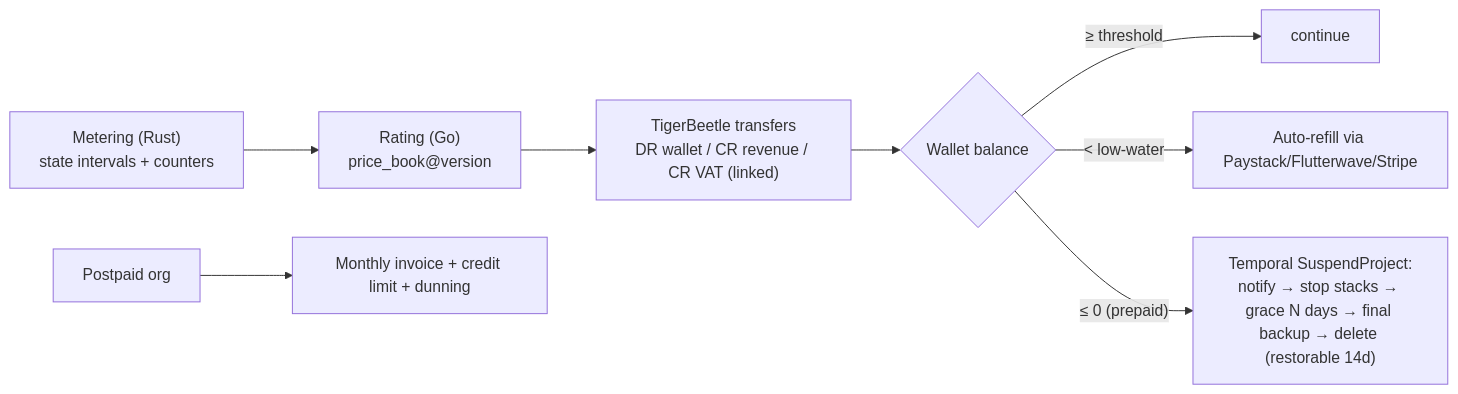
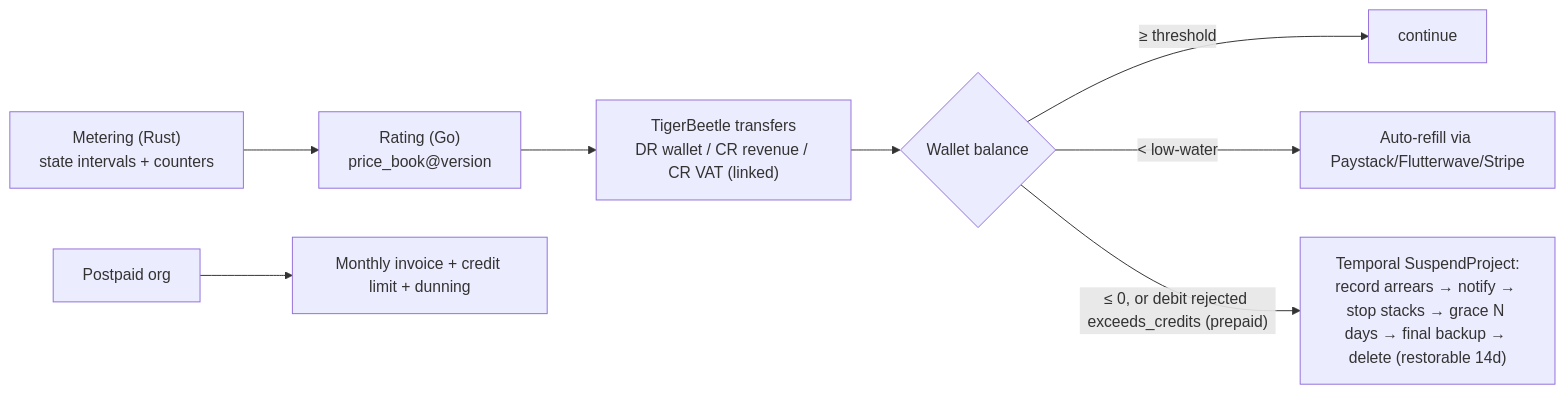
Before and after one commit to munisp/spadeAi: the fourth of 6 diagrams in docs/specs/03-architecture-spec.md, drawn with Mermaid. The commit also changed other lines of this file and 1 other file, not shown here.

Commit message:
docs: fix billing flows flagged in review (void deploy hold, suspend on exceeds_credits, arrears)

````diff
--- a/docs/specs/03-architecture-spec.md
+++ b/docs/specs/03-architecture-spec.md
@@ -148,10 +148,10 @@
 ```mermaid
 flowchart LR
   M["Metering (Rust)<br/>state intervals + counters"] --> R["Rating (Go)<br/>price_book@version"]
   R --> J["TigerBeetle transfers<br/>DR wallet / CR revenue / CR VAT (linked)"]
   J --> B{"Wallet balance"}
   B -- "≥ threshold" --> OK[continue]
   B -- "< low-water" --> AR["Auto-refill via Paystack/Flutterwave/Stripe"]
-  B -- "≤ 0 (prepaid)" --> S["Temporal SuspendProject:<br/>notify → stop stacks → grace N days → final backup → delete (restorable 14d)"]
+  B -- "≤ 0, or debit rejected exceeds_credits (prepaid)" --> S["Temporal SuspendProject:<br/>record arrears → notify → stop stacks → grace N days → final backup → delete (restorable 14d)"]
   PP["Postpaid org"] --> INV["Monthly invoice + credit limit + dunning"]
 ```
````
